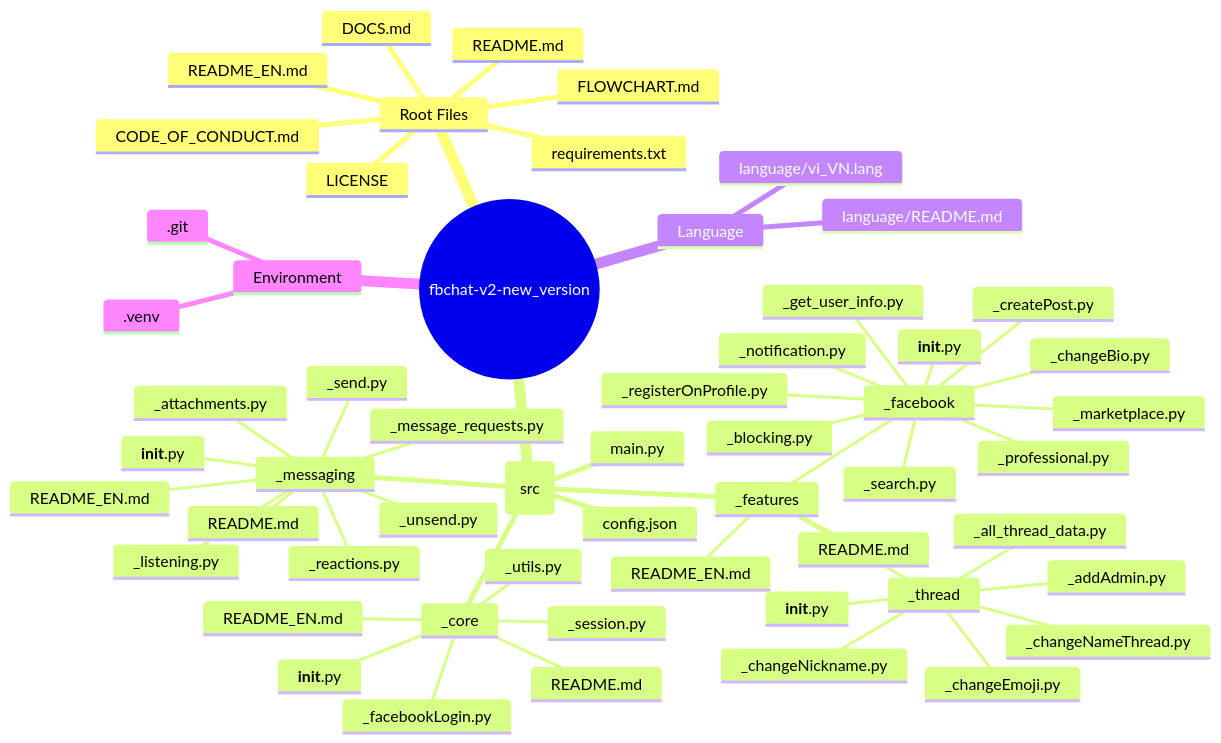
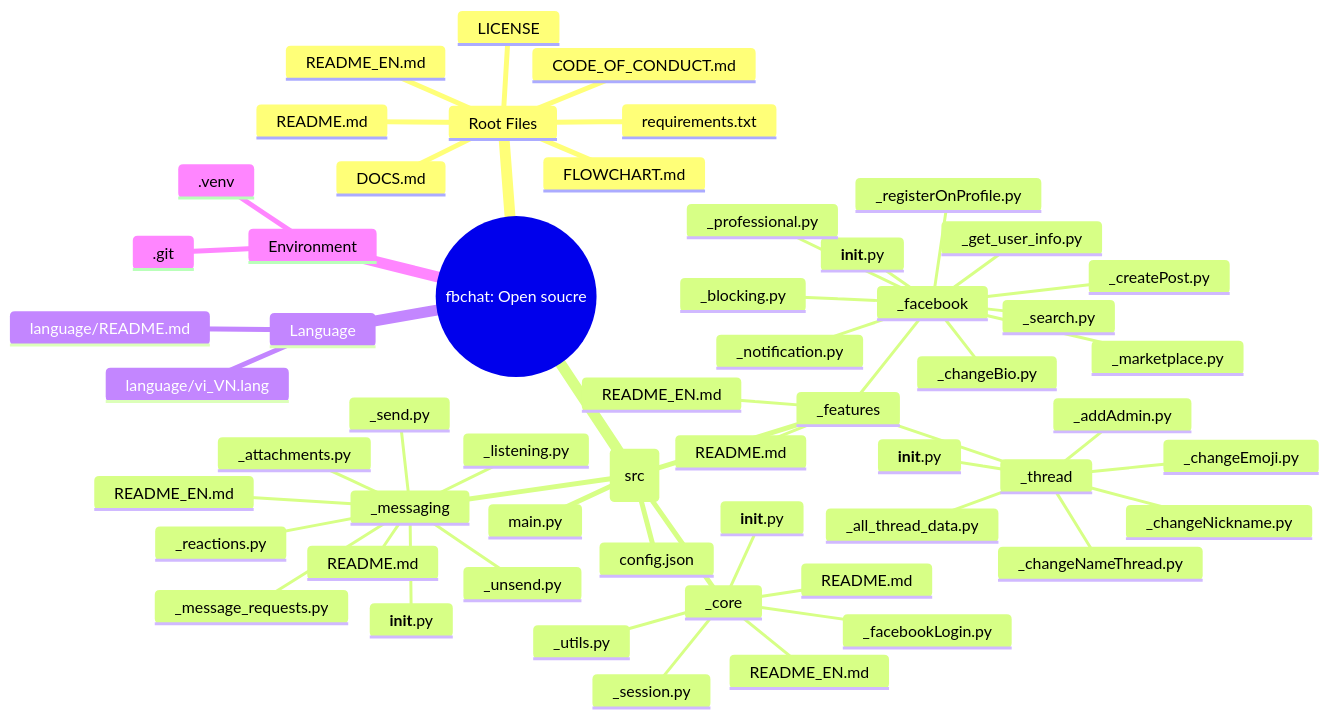
The diagram in README.md (MinhHuyDev/fbchat-v2), drawn with Mermaid before and after one commit.

Commit message:
Project architecture overview

````diff
--- a/README.md
+++ b/README.md
@@ -85,59 +85,59 @@
 ```mermaid
 mindmap
-  root((fbchat-v2-new_version))
+  root((fbchat: Open soucre))
     Root Files
       README.md
       README_EN.md
       DOCS.md
       CODE_OF_CONDUCT.md
       LICENSE
       requirements.txt
       FLOWCHART.md
     Source Code (src)
       main.py
       config.json
       _core
         __init__.py
         _session.py
         _utils.py
         _facebookLogin.py
         README.md
         README_EN.md
       _features
         README.md
         README_EN.md
         _facebook
           __init__.py
           _blocking.py
           _changeBio.py
           _createPost.py
           _get_user_info.py
           _marketplace.py
           _notification.py
           _professional.py
           _registerOnProfile.py
           _search.py
         _thread
           __init__.py
           _addAdmin.py
           _all_thread_data.py
           _changeEmoji.py
           _changeNameThread.py
           _changeNickname.py
       _messaging
         __init__.py
         _attachments.py
         _listening.py
         _message_requests.py
         _reactions.py
         _send.py
         _unsend.py
         README.md
         README_EN.md
     Language
       language/README.md
       language/vi_VN.lang
     Environment
       .venv
       .git
 ```
````
